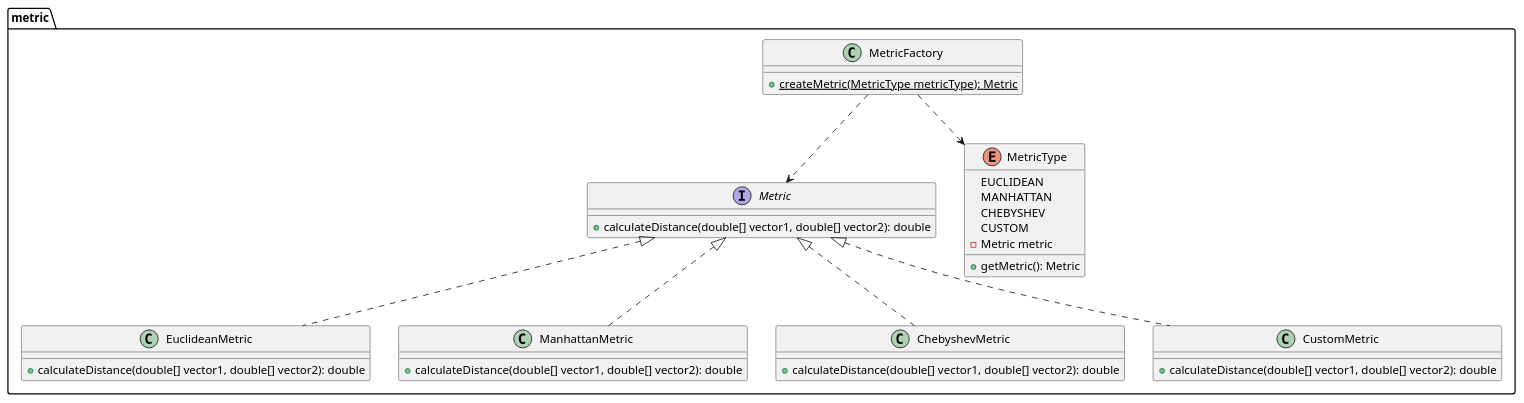
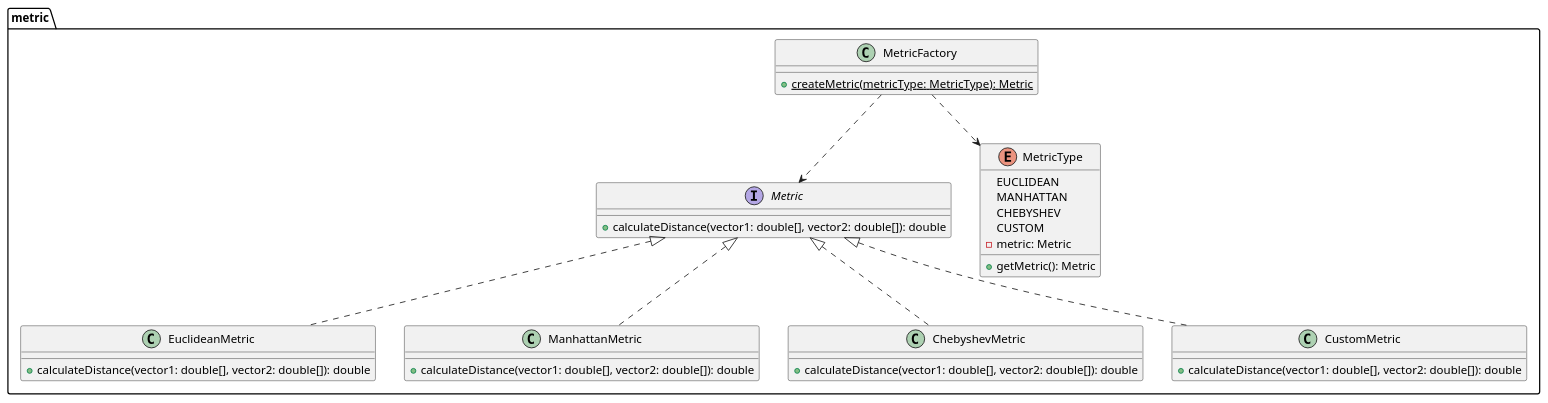
One commit to kambed/Computer-Recognition-Systems changed the fifth of 10 diagrams in README.md. Above: the diagram before and after it, drawn with PlantUML. The commit also changed other lines of this file, not shown here.

Commit message:
UML fixes

````diff
--- a/README.md
+++ b/README.md
@@ -251,33 +251,33 @@
 ```plantuml
 package metric {
     interface Metric {
-        + calculateDistance(double[] vector1, double[] vector2): double
+        + calculateDistance(vector1: double[], vector2: double[]): double
     }
     class EuclideanMetric implements Metric {
-        + calculateDistance(double[] vector1, double[] vector2): double
+        + calculateDistance(vector1: double[], vector2: double[]): double
     }
     class ManhattanMetric implements Metric {
-        + calculateDistance(double[] vector1, double[] vector2): double
+        + calculateDistance(vector1: double[], vector2: double[]): double
     }
     class ChebyshevMetric implements Metric {
-        + calculateDistance(double[] vector1, double[] vector2): double
+        + calculateDistance(vector1: double[], vector2: double[]): double
     }
     class CustomMetric implements Metric {
-        + calculateDistance(double[] vector1, double[] vector2): double
+        + calculateDistance(vector1: double[], vector2: double[]): double
     }
     
     class MetricFactory {
-        + {static} createMetric(MetricType metricType): Metric
+        + {static} createMetric(metricType: MetricType): Metric
     }
     MetricFactory ..> Metric
     MetricFactory ..> MetricType
     enum MetricType {
         EUCLIDEAN
         MANHATTAN
         CHEBYSHEV
         CUSTOM
-        - Metric metric
+        - metric: Metric
         + getMetric(): Metric
     }
 }
 ```
````
